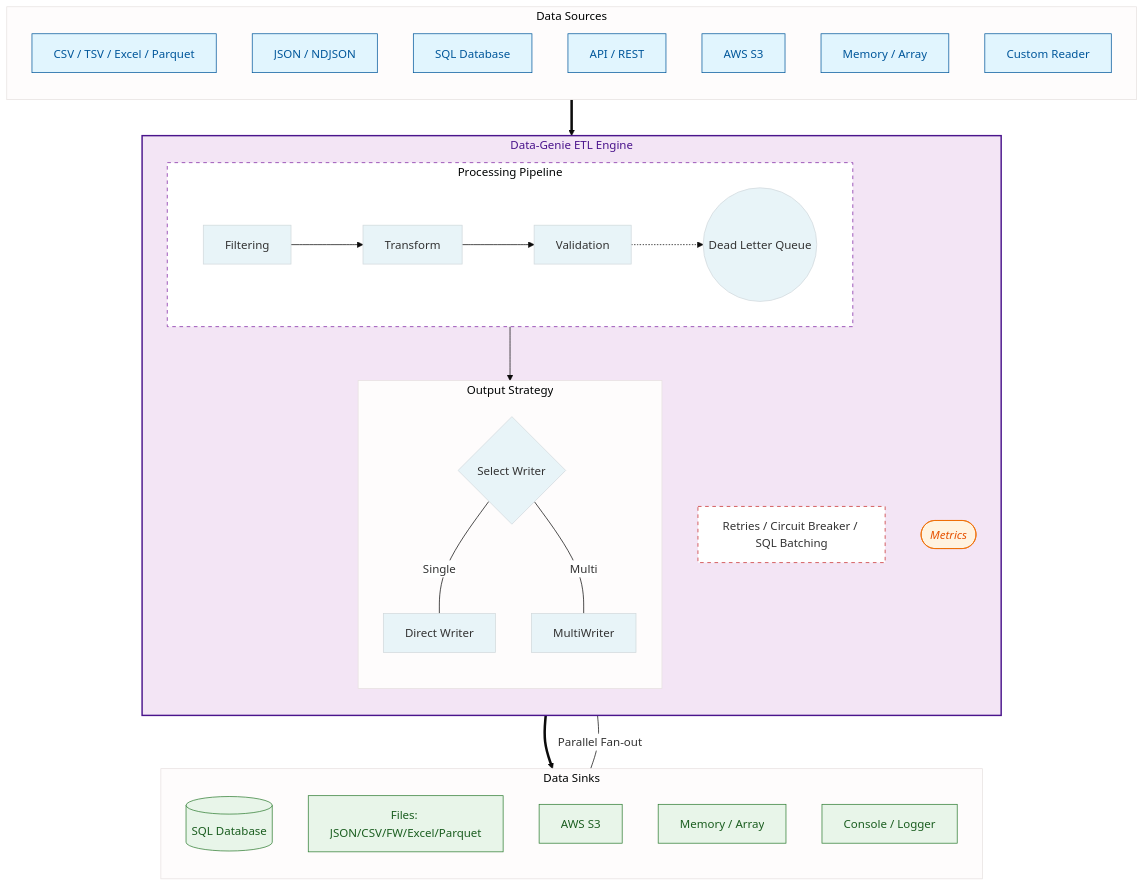
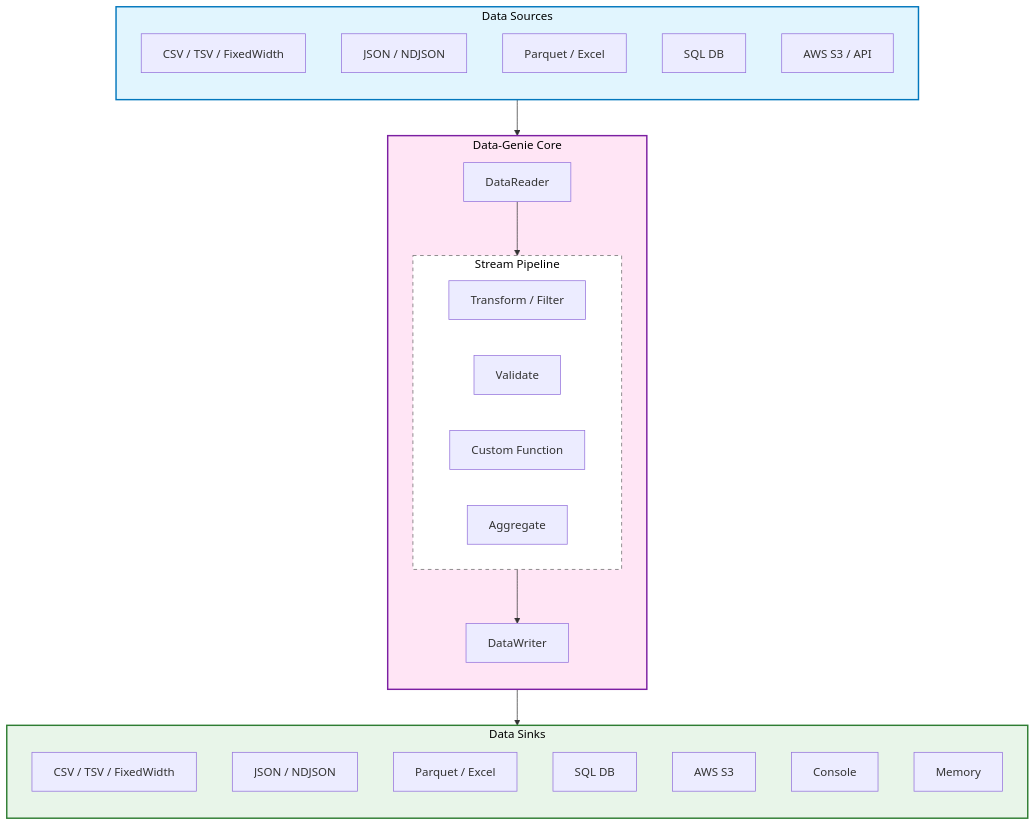
The diagram in README.md (pujansrt/data-genie), drawn with Mermaid before and after one commit. The commit also changed other lines of this file and 1 other file, not shown here.

Commit message:
Update diagram

````diff
--- a/README.md
+++ b/README.md
@@ -12,66 +13,45 @@
 ```mermaid
-%%{init: { 'theme': 'base', 'themeVariables': { 'primaryColor': '#E8F4F8', 'actorBkg': '#D2E4F9', 'edgeLabelBackground':'#ffffff', 'noteBkgColor': '#FDF2D4', 'noteBorderColor': '#F1C40F'}}}%%
-
 graph TD
-    %% Data Sources
-    subgraph Inputs [Data Sources]
+    subgraph Sources [Data Sources]
         direction TB
-        I1[CSV / TSV / Excel / Parquet]
-        I2[JSON / NDJSON]
-        I3[SQL Database]
-        I4[API / REST]
-        I5[AWS S3]
-        I6[Memory / Array]
-        I7[Custom Reader]
+        S1[CSV / TSV / FixedWidth]
+        S2[JSON / NDJSON]
+        S3[Parquet / Excel]
+        S4[SQL DB]
+        S5[AWS S3 / API]
     end
 
-    %% The Engine Core
-    subgraph Core [Data-Genie ETL Engine]
+    subgraph Engine [Data-Genie Core]
         direction TB
-        
-        subgraph Pipeline [Processing Pipeline]
-            direction LR
-            F[Filtering] --> T[Transform]
-            T --> V[Validation]
-            V -.-> DLQ((Dead Letter Queue))
+        R[DataReader]
+        subgraph Pipeline [Stream Pipeline]
+            T[Transform / Filter]
+            V[Validate]
+            C[Custom Function]
+            A[Aggregate]
         end
-
-        subgraph OutputDist [Output Strategy]
-            direction TB
-            V --> Choice{Select Writer}
-            Choice -- Single --- DW[Direct Writer]
-            Choice -- Multi --- MW[MultiWriter]
-        end
-
-        Reliability[Retries / Circuit Breaker / SQL Batching]
-        Metrics([Metrics])
+        W[DataWriter]
     end
 
-    %% Data Sinks
-    subgraph Outputs [Data Sinks]
+    subgraph Sinks [Data Sinks]
         direction TB
-        O1[(SQL Database)]
-        O2[Files: JSON/CSV/FW/Excel/Parquet]
-        O3[AWS S3]
-        O4[Memory / Array]
-        O5[Console / Logger]
+        D1[CSV / TSV / FixedWidth]
+        D2[JSON / NDJSON]
+        D3[Parquet / Excel]
+        D4[SQL DB]
+        D5[AWS S3]
+        D6[Console]
+        D7[Memory]
     end
 
-    %% Main Flow
-    Inputs ==> Core
-    DW ==> Outputs
-    MW -- Parallel Fan-out --- Outputs
+    Sources --> R
+    R --> Pipeline
+    Pipeline --> W
+    W --> Sinks
 
-    %% Color Theme & Styling
-    style Core fill:#f3e5f5,stroke:#4a148c,stroke-width:2px,color:#4a148c
-    style Pipeline fill:#ffffff,stroke:#7b1fa2,stroke-dasharray: 5 5
-    style Reliability fill:#ffffff,stroke:#c62828,stroke-dasharray: 5 5
-    
-    classDef source fill:#e1f5fe,stroke:#01579b,color:#01579b
-    classDef sink fill:#e8f5e9,stroke:#2e7d32,color:#1b5e20
-    classDef feature fill:#fff3e0,stroke:#ef6c00,color:#e65100,font-style:italic
-    
-    class I1,I2,I3,I4,I5,I6,I7 source
-    class O1,O2,O3,O4,O5 sink
-    class Metrics feature
+    style Engine fill:#ffe5f5,stroke:#7b1fa2,stroke-width:2px,color:#000
+    style Sources fill:#e1f5fe,stroke:#0277bd,stroke-width:2px,color:#000
+    style Sinks fill:#e8f5e9,stroke:#2e7d32,stroke-width:2px,color:#000
+    style Pipeline fill:#ffffff,stroke:#666,stroke-dasharray: 5 5,color:#000
+
 ```
````
